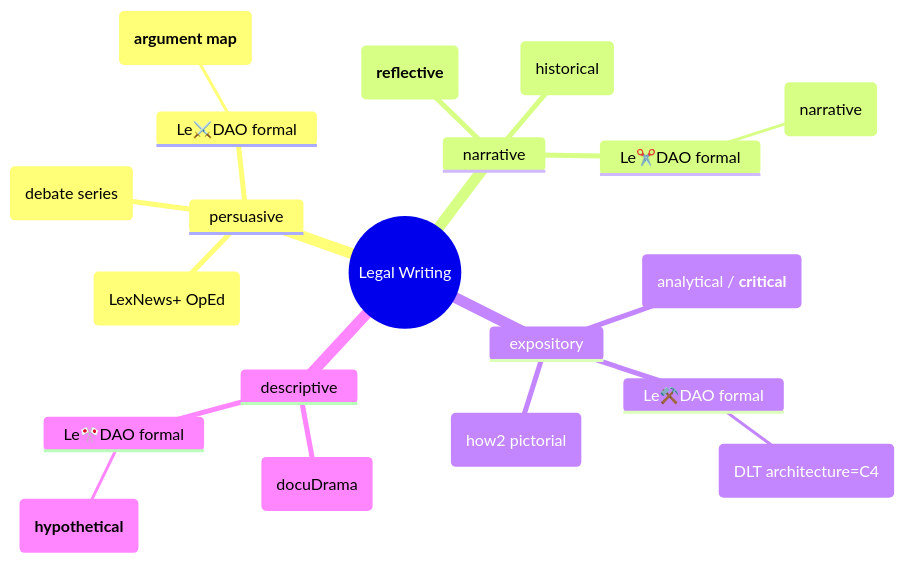
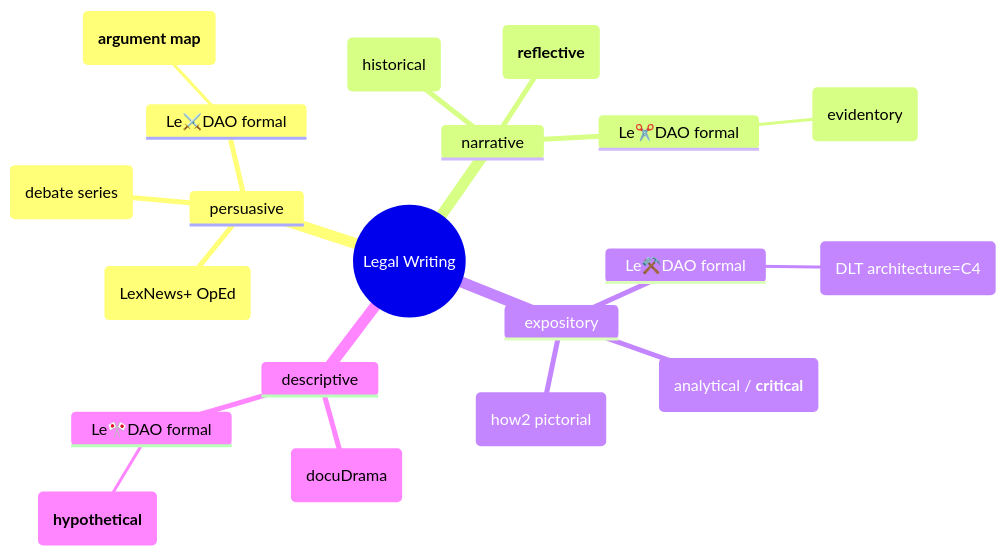
The first of 2 diagrams in Help Articles/Legal Writing Style.md (lexDAO/LexDAO-Articles), drawn with Mermaid before and after one commit.

Commit message:
fixes evidentory as formal narrative

````diff
--- a/Help Articles/Legal Writing Style.md
+++ b/Help Articles/Legal Writing Style.md
@@ -5,23 +5,23 @@
 ```mermaid
 mindmap
   root((Legal Writing))
     persuasive
       opEd(LexNews+ OpEd)
       debate(debate series)
       Le⚔️DAO formal
         arg("**argument map**")
     narrative
         historical(historical)
         review("**reflective**")
         Le✂️DAO formal
-          evidence(narrative)
+          evidence(evidentory)
     expository
         how2(how2 pictorial)
         anal("analytical / **critical**")
         Le⚒️DAO formal
           dlt(DLT architecture=C4)
     descriptive
         docu(docuDrama)
         Le🎌DAO formal
           hypo("**hypothetical**")
 ```
````
